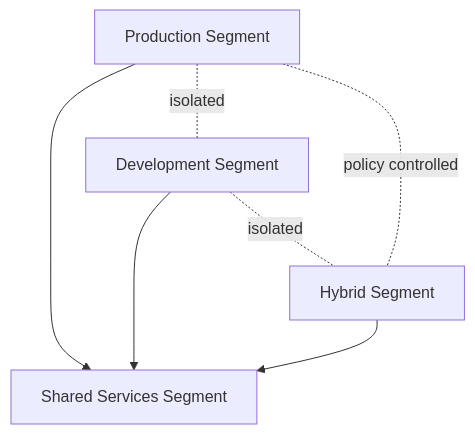
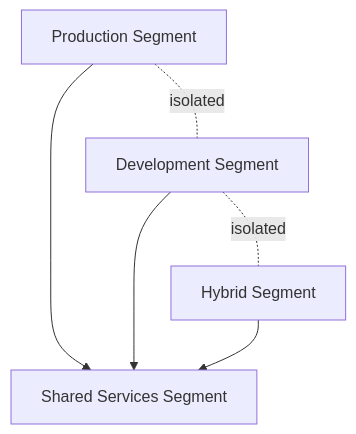
Before and after one commit to ccaiccie/knowledge: the third of 9 diagrams in 09-05-26-09-57_AWS_Cloud_WAN_Comprehensive_Study_Guide.md, drawn with Mermaid. The commit also changed other lines of this file, not shown here.

````diff
--- a/09-05-26-09-57_AWS_Cloud_WAN_Comprehensive_Study_Guide.md
+++ b/09-05-26-09-57_AWS_Cloud_WAN_Comprehensive_Study_Guide.md
@@ -421,15 +449,14 @@
 ```mermaid
 flowchart TB
     PROD["Production Segment"]
     DEV["Development Segment"]
     SHARED["Shared Services Segment"]
     HYBRID["Hybrid Segment"]
 
     PROD --> SHARED
     DEV --> SHARED
     HYBRID --> SHARED
 
     PROD -. isolated .- DEV
     DEV -. isolated .- HYBRID
-    PROD -. policy controlled .- HYBRID
 ```
````
